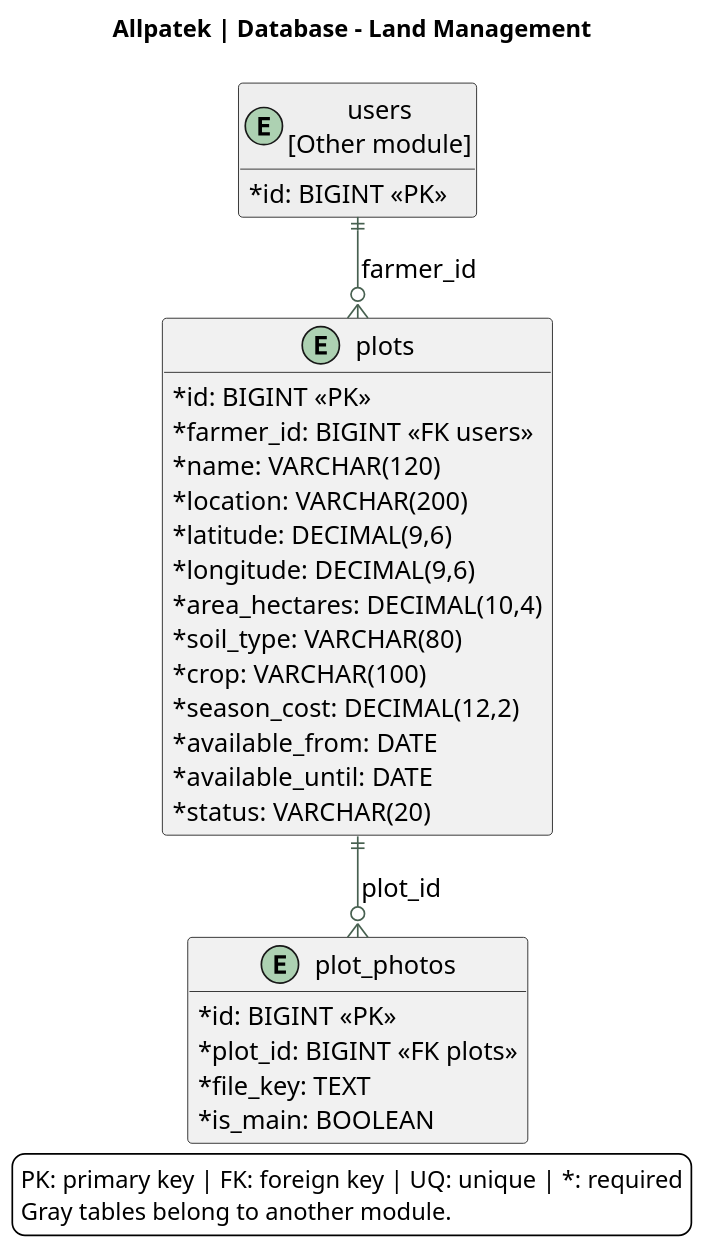
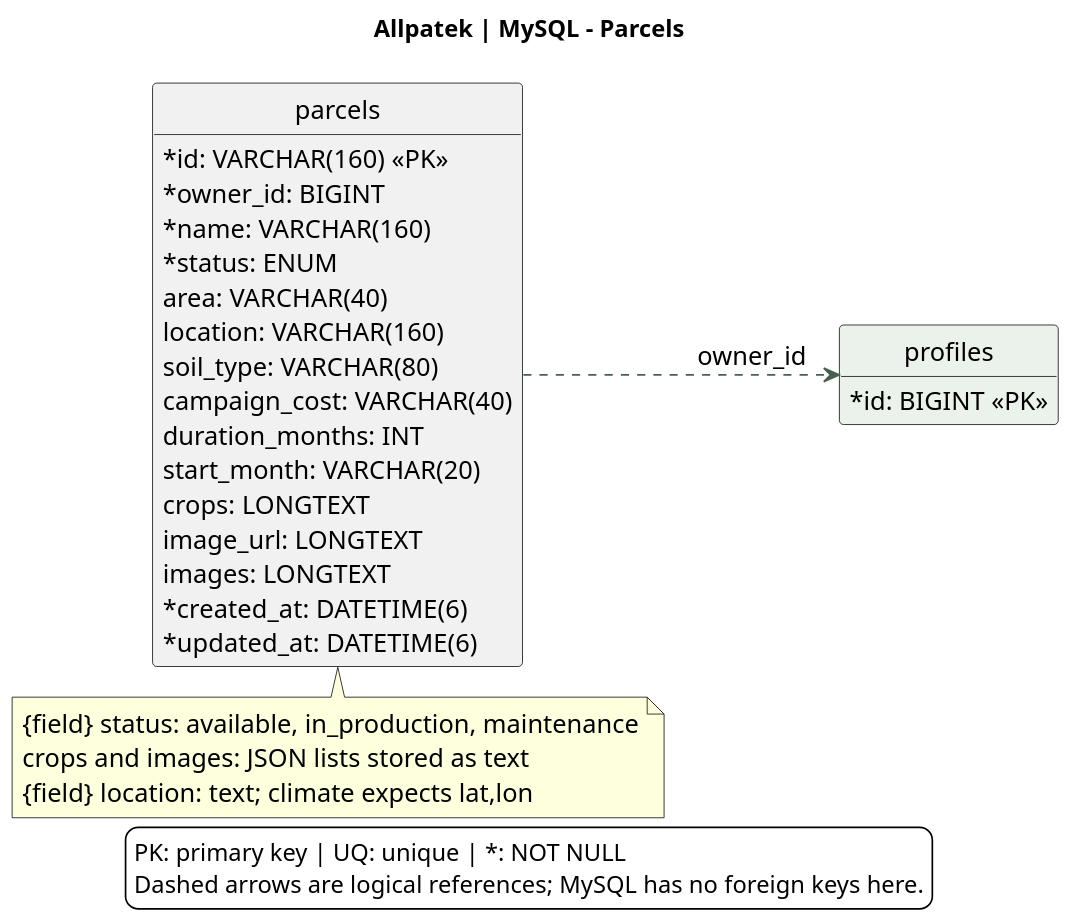
One commit to upc-pre-202620-1asi0729-7753-Terranova/allpatek-report changed the diagram in assets/chapter-04/architecture/14-database-plots.puml. Above: the diagram before and after it, drawn with PlantUML. The commit also changed 58 other files, not shown here.

Commit message:
docs(report): align architecture diagrams and flows with implementation

```diff
--- a/assets/chapter-04/architecture/14-database-plots.puml
+++ b/assets/chapter-04/architecture/14-database-plots.puml
@@ -1,43 +1,44 @@
 @startuml
 !pragma layout smetana
 skinparam backgroundColor white
 skinparam defaultFontName SansSerif
 skinparam defaultFontSize 15
 skinparam shadowing false
 skinparam classAttributeIconSize 0
 skinparam ArrowColor #476050
 skinparam dpi 140
-title Allpatek | Database - Land Management
-top to bottom direction
 hide methods
-entity "plots" as plots {
- {field} * id: BIGINT <<PK>>
- {field} * farmer_id: BIGINT <<FK users>>
- {field} * name: VARCHAR(120)
- {field} * location: VARCHAR(200)
- {field} * latitude: DECIMAL(9,6)
- {field} * longitude: DECIMAL(9,6)
- {field} * area_hectares: DECIMAL(10,4)
- {field} * soil_type: VARCHAR(80)
- {field} * crop: VARCHAR(100)
- {field} * season_cost: DECIMAL(12,2)
- {field} * available_from: DATE
- {field} * available_until: DATE
- {field} * status: VARCHAR(20)
+hide circle
+title Allpatek | MySQL - Parcels
+left to right direction
+entity "parcels" as parcel {
+  {field} * id: VARCHAR(160) <<PK>>
+  {field} * owner_id: BIGINT
+  {field} * name: VARCHAR(160)
+  {field} * status: ENUM
+  {field} area: VARCHAR(40)
+  {field} location: VARCHAR(160)
+  {field} soil_type: VARCHAR(80)
+  {field} campaign_cost: VARCHAR(40)
+  {field} duration_months: INT
+  {field} start_month: VARCHAR(20)
+  {field} crops: LONGTEXT
+  {field} image_url: LONGTEXT
+  {field} images: LONGTEXT
+  {field} * created_at: DATETIME(6)
+  {field} * updated_at: DATETIME(6)
 }
-entity "plot_photos" as plot_photos {
- {field} * id: BIGINT <<PK>>
- {field} * plot_id: BIGINT <<FK plots>>
- {field} * file_key: TEXT
- {field} * is_main: BOOLEAN
+entity "profiles" as profile #EAF2EB {
+  {field} * id: BIGINT <<PK>>
 }
-entity "users\n[Other module]" as users #EEEEEE {
- * id: BIGINT <<PK>>
-}
-users ||--o{ plots : farmer_id
-plots ||--o{ plot_photos : plot_id
+parcel ..> profile : owner_id
+note bottom of parcel
+  {field} status: available, in_production, maintenance
+  crops and images: JSON lists stored as text
+  {field} location: text; climate expects lat,lon
+end note
 legend bottom
-PK: primary key | FK: foreign key | UQ: unique | *: required
-Gray tables belong to another module.
+PK: primary key | UQ: unique | *: NOT NULL
+Dashed arrows are logical references; MySQL has no foreign keys here.
 endlegend
 @enduml
```
